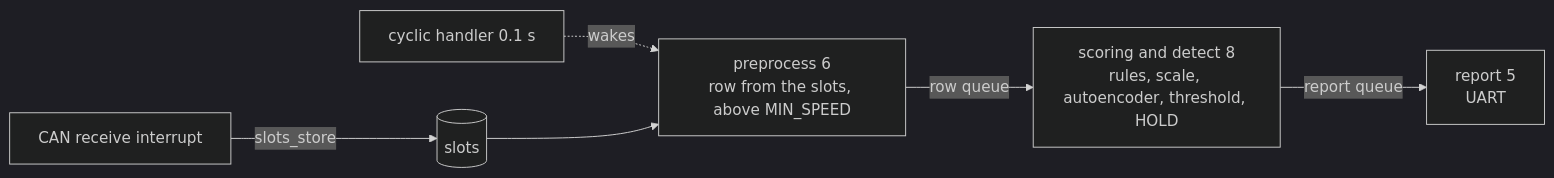
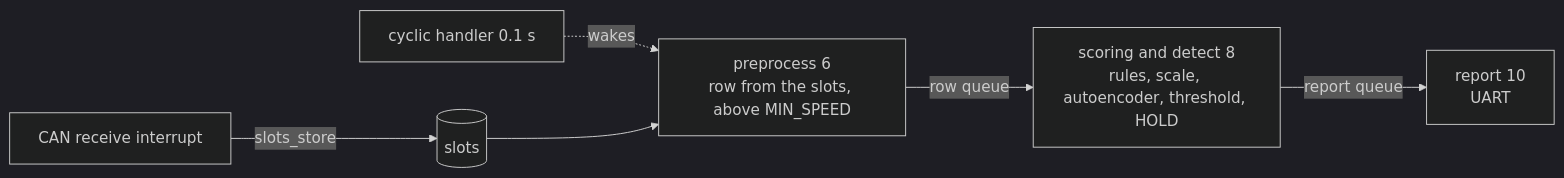
The diagram in board/application/ai_can_anomaly_detection/README.md (asana17/ai_can_anomaly_detection), drawn with Mermaid (dark theme) before and after one commit. The commit also changed other lines of this file and 1 other file, not shown here.

Commit message:
feat(board): put report below the guaranteed tasks and write down why

````diff
--- a/board/application/ai_can_anomaly_detection/README.md
+++ b/board/application/ai_can_anomaly_detection/README.md
@@ -12,8 +12,8 @@
 ```mermaid
 flowchart LR
     irq[CAN receive interrupt] -- slots_store --> slots[(slots)]
     tick[cyclic handler 0.1 s] -. wakes .-> pre
     slots --> pre["preprocess 6<br/>row from the slots, above MIN_SPEED"]
     pre -- row queue --> sd["scoring and detect 8<br/>rules, scale, autoencoder, threshold, HOLD"]
-    sd -- report queue --> report["report 5<br/>UART"]
+    sd -- report queue --> report["report 10<br/>UART"]
 ```
````
